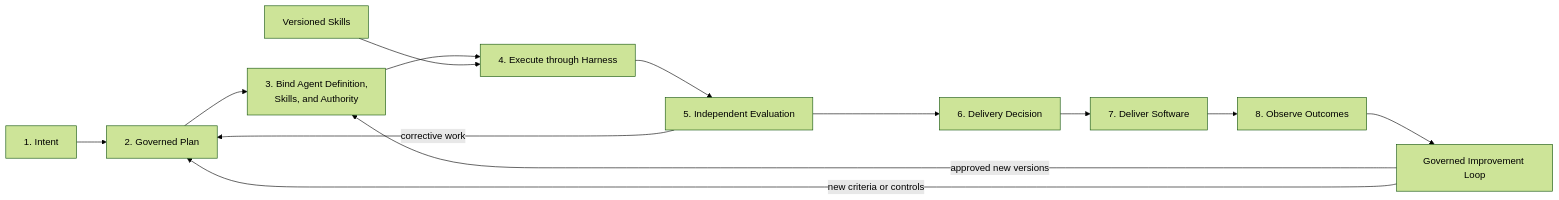
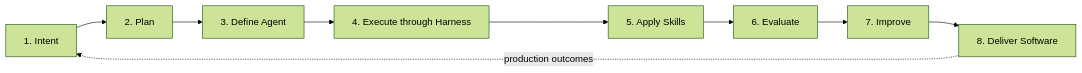
One commit to jaydubya818/ai-software-factory-mastery changed the first of 2 diagrams in guide/01-understand/02-the-factory-in-one-view.md. Above: the diagram before and after it, drawn with Mermaid (forest theme). The commit also changed other lines of this file and 29 other files, not shown here.

````diff
--- a/guide/01-understand/02-the-factory-in-one-view.md
+++ b/guide/01-understand/02-the-factory-in-one-view.md
@@ -81,15 +75,11 @@
 ```mermaid
 flowchart LR
-    Intent["1. Intent"] --> Plan["2. Governed Plan"]
-    Plan --> Bind["3. Bind Agent Definition,<br/>Skills, and Authority"]
-    Bind --> Execute["4. Execute through Harness"]
-    Skills["Versioned Skills"] --> Execute
-    Execute --> Evaluate["5. Independent Evaluation"]
-    Evaluate -->|corrective work| Plan
-    Evaluate --> Decision["6. Delivery Decision"]
-    Decision --> Deliver["7. Deliver Software"]
-    Deliver --> Outcomes["8. Observe Outcomes"]
-    Outcomes --> Improve["Governed Improvement Loop"]
-    Improve -->|approved new versions| Bind
-    Improve -->|new criteria or controls| Plan
+    I["1. Intent"] --> P["2. Plan"]
+    P --> A["3. Define Agent"]
+    A --> X["4. Execute through Harness"]
+    X --> S["5. Apply Skills"]
+    S --> E["6. Evaluate"]
+    E --> M["7. Improve"]
+    M --> D["8. Deliver Software"]
+    D -. "production outcomes" .-> I
 ```
````
